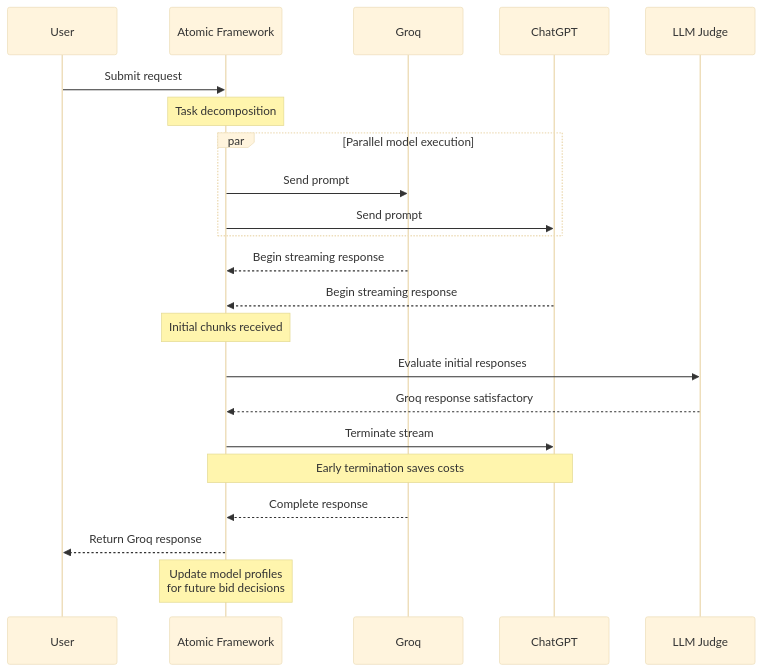
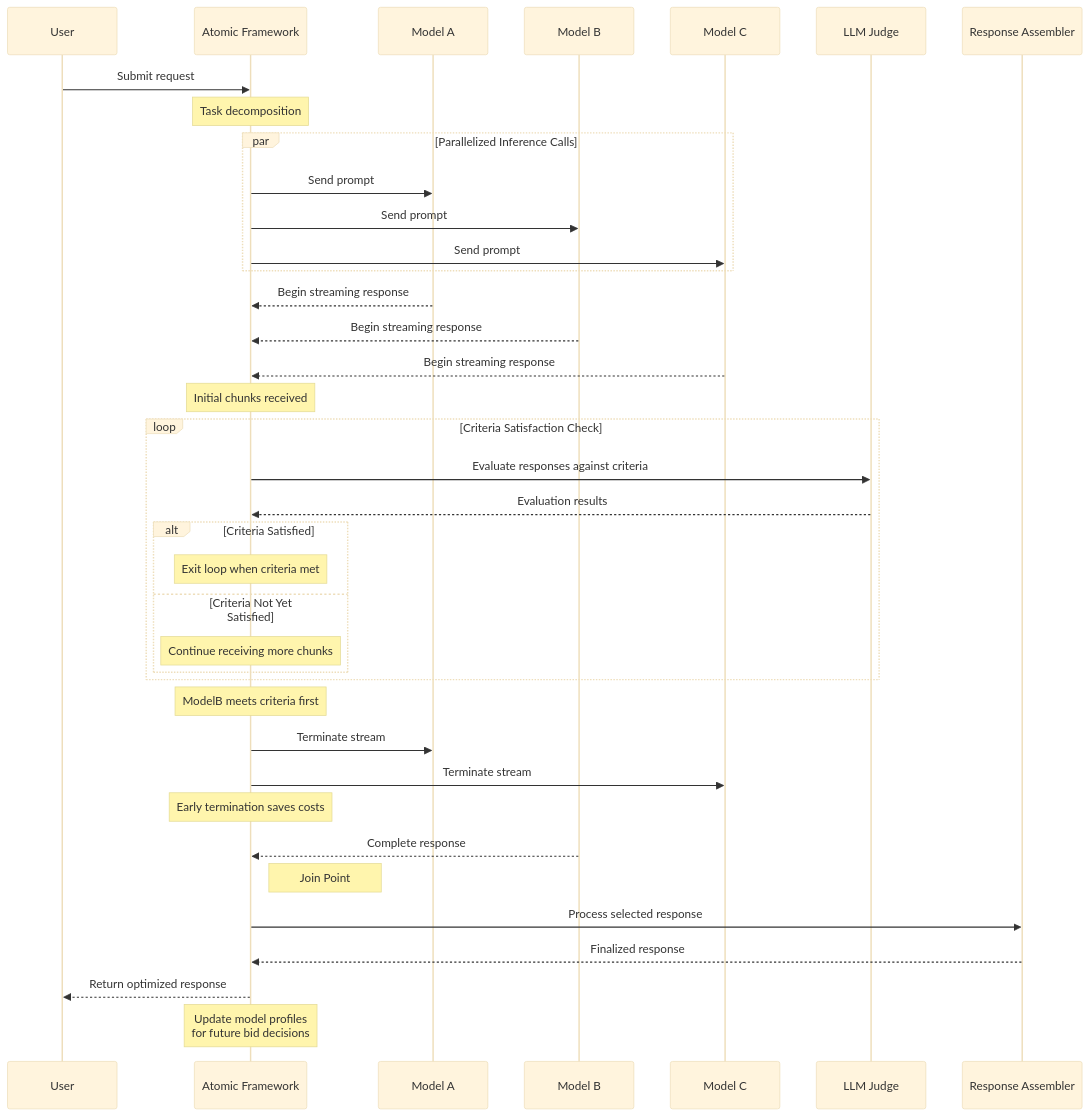
One commit to andrewhopper/atomic changed the second of 2 diagrams in readme.md. Above: the diagram before and after it, drawn with Mermaid (base theme). The commit also changed other lines of this file, not shown here.

````diff
--- a/readme.md
+++ b/readme.md
@@ -132,32 +149,51 @@
 ```mermaid
 sequenceDiagram
     participant User
     participant Atomic as Atomic Framework
-    participant Groq
-    participant ChatGPT
+    participant ModelA as Model A
+    participant ModelB as Model B
+    participant ModelC as Model C
     participant Judge as LLM Judge
+    participant Assembler as Response Assembler
 
     User->>Atomic: Submit request
     Note over Atomic: Task decomposition
     
-    par Parallel model execution
-        Atomic->>Groq: Send prompt
-        Atomic->>ChatGPT: Send prompt
+    par Parallelized Inference Calls
+        Atomic->>ModelA: Send prompt
+        Atomic->>ModelB: Send prompt
+        Atomic->>ModelC: Send prompt
     end
     
-    Groq-->>Atomic: Begin streaming response
-    ChatGPT-->>Atomic: Begin streaming response
+    ModelA-->>Atomic: Begin streaming response
+    ModelB-->>Atomic: Begin streaming response
+    ModelC-->>Atomic: Begin streaming response
     
     Note over Atomic: Initial chunks received
     
-    Atomic->>Judge: Evaluate initial responses
-    Judge-->>Atomic: Groq response satisfactory
+    loop Criteria Satisfaction Check
+        Atomic->>Judge: Evaluate responses against criteria
+        Judge-->>Atomic: Evaluation results
+        alt Criteria Satisfied
+            Note over Atomic: Exit loop when criteria met
+        else Criteria Not Yet Satisfied
+            Note over Atomic: Continue receiving more chunks
+        end
+    end
     
-    Atomic->>ChatGPT: Terminate stream
-    Note over Atomic,ChatGPT: Early termination saves costs
+    Note over Atomic: ModelB meets criteria first
     
-    Groq-->>Atomic: Complete response
-    Atomic-->>User: Return Groq response
+    Atomic->>ModelA: Terminate stream
+    Atomic->>ModelC: Terminate stream
+    Note over Atomic: Early termination saves costs
+    
+    ModelB-->>Atomic: Complete response
+    
+    Note right of Atomic: Join Point
+    Atomic->>Assembler: Process selected response
+    Assembler-->>Atomic: Finalized response
+    
+    Atomic-->>User: Return optimized response
     
     Note over Atomic: Update model profiles<br>for future bid decisions
 ```
````
